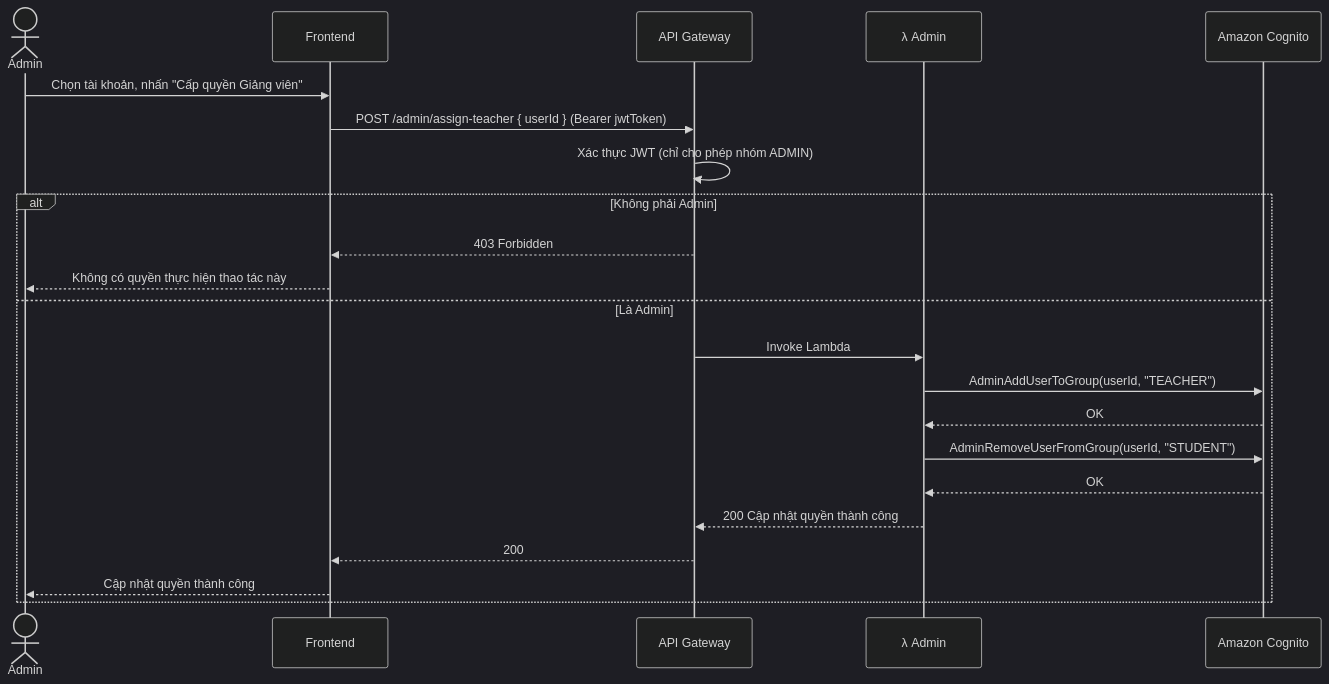
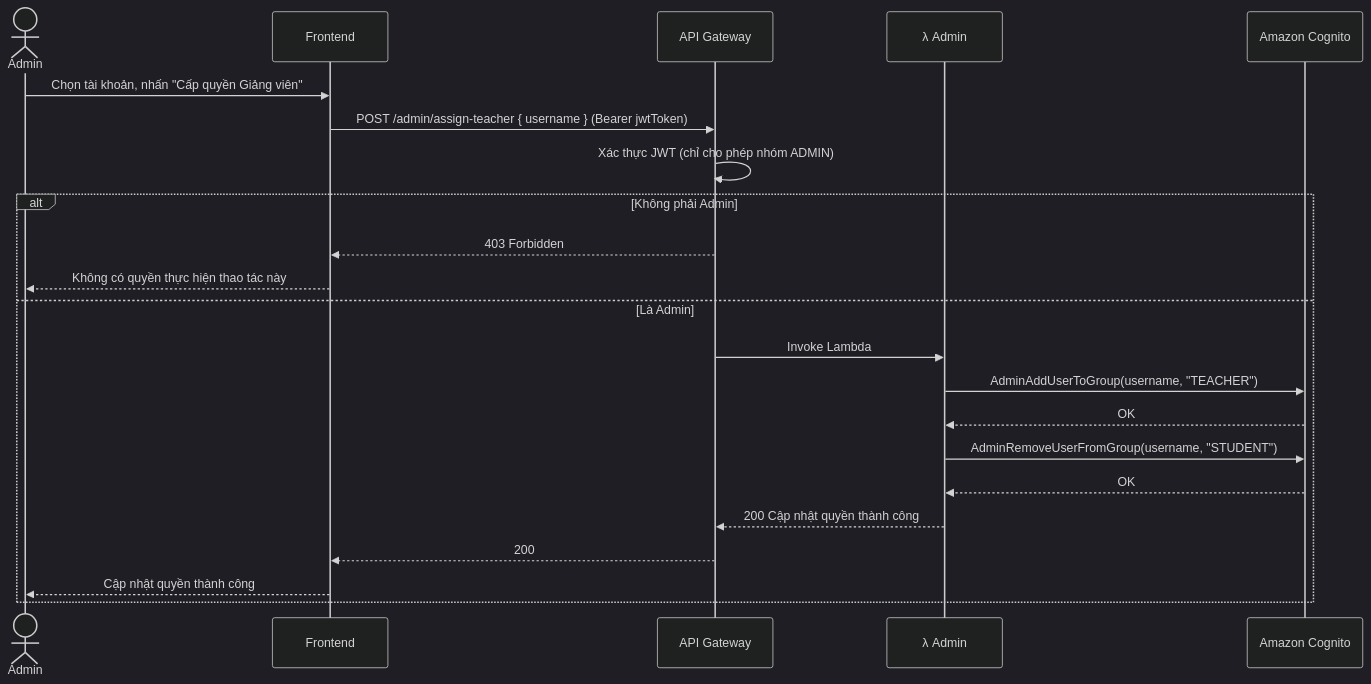
The ninth of 9 diagrams in docs/SRS.md (kentdoan/qr-attendance), drawn with Mermaid (dark theme) before and after one commit. The commit also changed other lines of this file and 1 other file, not shown here.

````diff
--- a/docs/SRS.md
+++ b/docs/SRS.md
@@ -321,26 +321,26 @@
 ```mermaid
 sequenceDiagram
     actor Admin
     participant FE as Frontend
     participant APIGW as API Gateway
     participant AdminFn as λ Admin
     participant Cognito as Amazon Cognito
 
     Admin->>FE: Chọn tài khoản, nhấn "Cấp quyền Giảng viên"
-    FE->>APIGW: POST /admin/assign-teacher { userId } (Bearer jwtToken)
+    FE->>APIGW: POST /admin/assign-teacher { username } (Bearer jwtToken)
     APIGW->>APIGW: Xác thực JWT (chỉ cho phép nhóm ADMIN)
 
     alt Không phải Admin
         APIGW-->>FE: 403 Forbidden
         FE-->>Admin: Không có quyền thực hiện thao tác này
     else Là Admin
         APIGW->>AdminFn: Invoke Lambda
-        AdminFn->>Cognito: AdminAddUserToGroup(userId, "TEACHER")
+        AdminFn->>Cognito: AdminAddUserToGroup(username, "TEACHER")
         Cognito-->>AdminFn: OK
-        AdminFn->>Cognito: AdminRemoveUserFromGroup(userId, "STUDENT")
+        AdminFn->>Cognito: AdminRemoveUserFromGroup(username, "STUDENT")
         Cognito-->>AdminFn: OK
         AdminFn-->>APIGW: 200 Cập nhật quyền thành công
         APIGW-->>FE: 200
         FE-->>Admin: Cập nhật quyền thành công
     end
 ```
````
